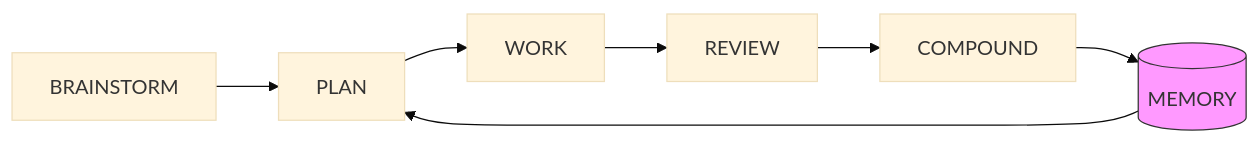
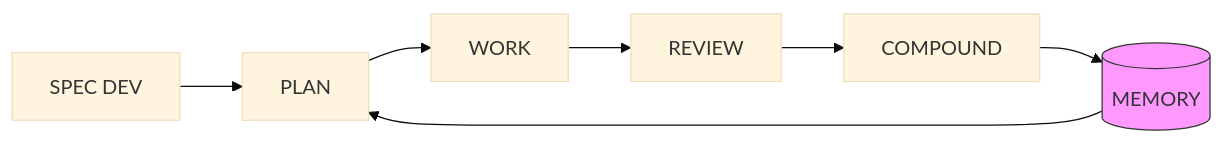
Before and after one commit to Nathandela/compound-agent: the first of 2 diagrams in README.md, drawn with Mermaid (base theme). The commit also changed other lines of this file and 49 other files, not shown here.

First line of the commit message:
feat: replace brainstorm phase with spec-dev across all skills

````diff
--- a/README.md
+++ b/README.md
@@ -20,11 +20,11 @@
 ```mermaid
 graph LR
-    B[BRAINSTORM] --> P[PLAN]
+    B[SPEC DEV] --> P[PLAN]
     P --> W[WORK]
     W --> R[REVIEW]
     R --> C[COMPOUND]
     C --> M[(MEMORY)]
     M --> P
 
     style M fill:#f9f,stroke:#333
 ```
````
